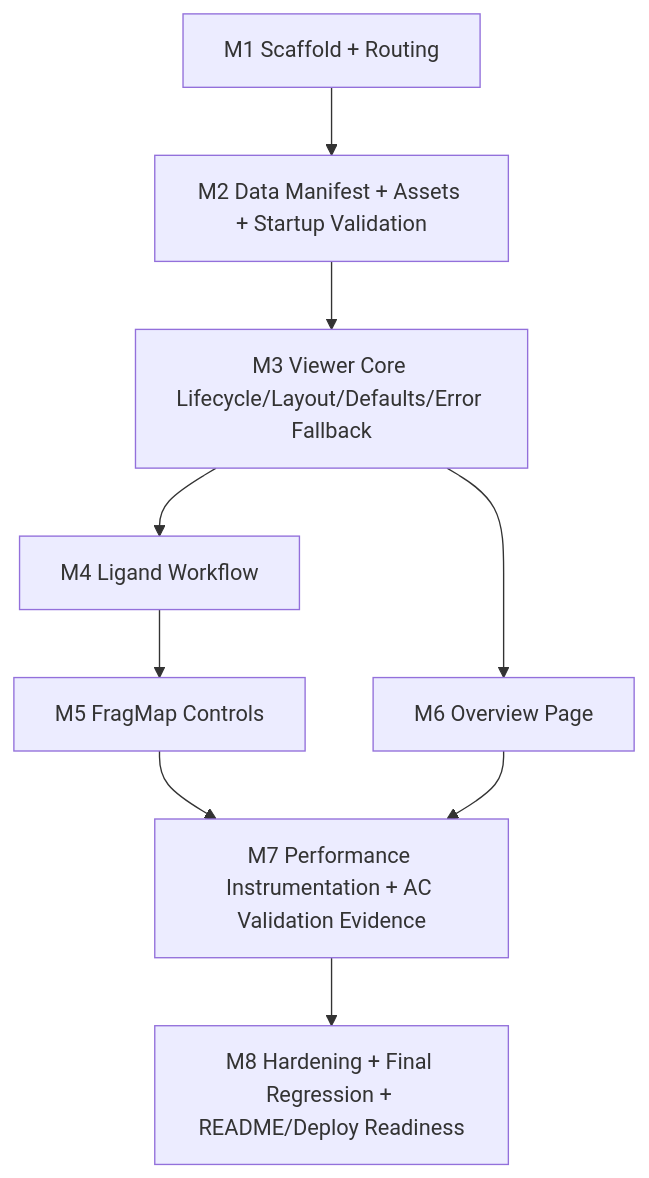
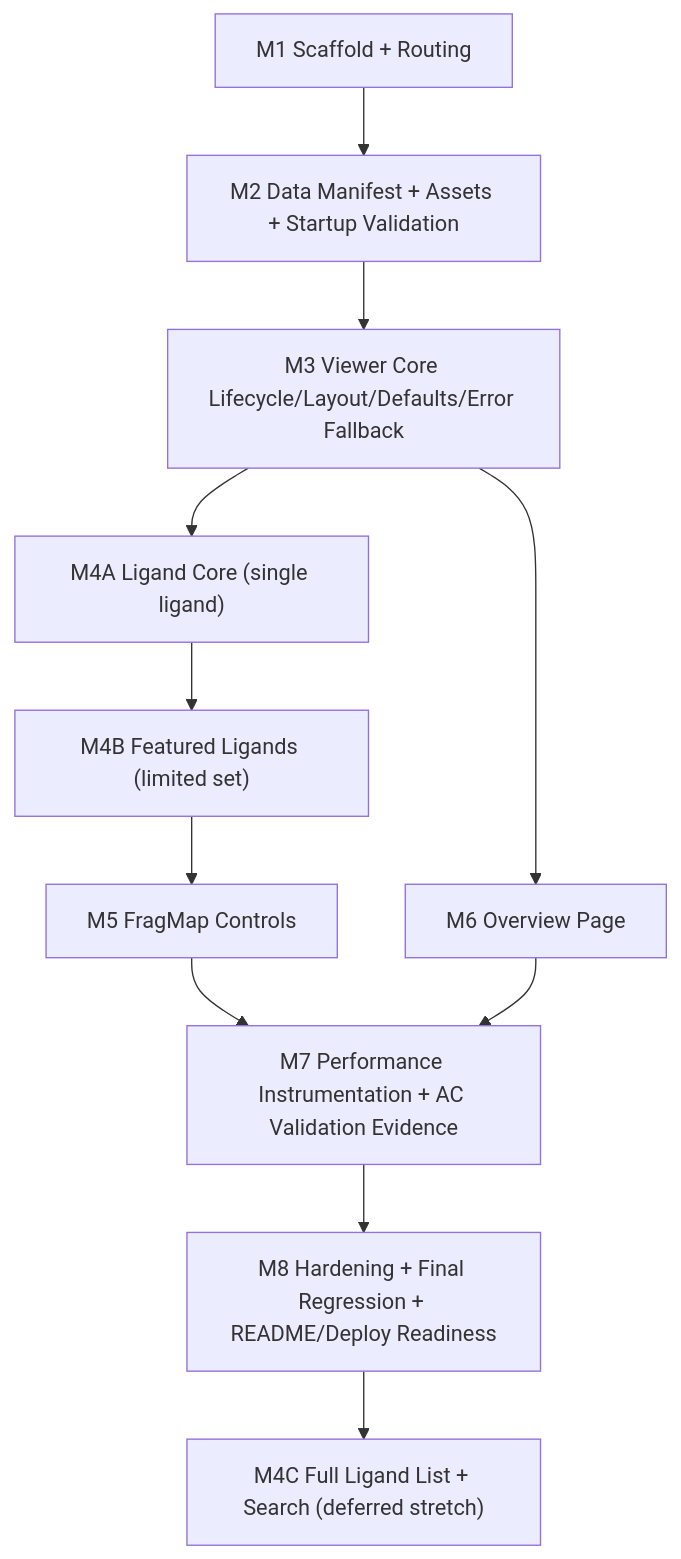
Before and after one commit to ArvindRamachandran14/silcs-fragmaps-demo: the diagram in docs/plans/execution-plan.md, drawn with Mermaid. The commit also changed other lines of this file and 9 other files, not shown here.

Commit message:
docs(plan): re-scope ligand workflow to M4A/M4B; defer full-list/search M4C

````diff
--- a/docs/plans/execution-plan.md
+++ b/docs/plans/execution-plan.md
@@ -70,11 +70,13 @@
 ```mermaid
 flowchart TD
     M1["M1 Scaffold + Routing"] --> M2["M2 Data Manifest + Assets + Startup Validation"]
     M2 --> M3["M3 Viewer Core Lifecycle/Layout/Defaults/Error Fallback"]
-    M3 --> M4["M4 Ligand Workflow"]
-    M4 --> M5["M5 FragMap Controls"]
+    M3 --> M4A["M4A Ligand Core (single ligand)"]
+    M4A --> M4B["M4B Featured Ligands (limited set)"]
+    M4B --> M5["M5 FragMap Controls"]
     M3 --> M6["M6 Overview Page"]
     M5 --> M7["M7 Performance Instrumentation + AC Validation Evidence"]
     M6 --> M7
     M7 --> M8["M8 Hardening + Final Regression + README/Deploy Readiness"]
+    M8 --> M4C["M4C Full Ligand List + Search (deferred stretch)"]
 ```
````
